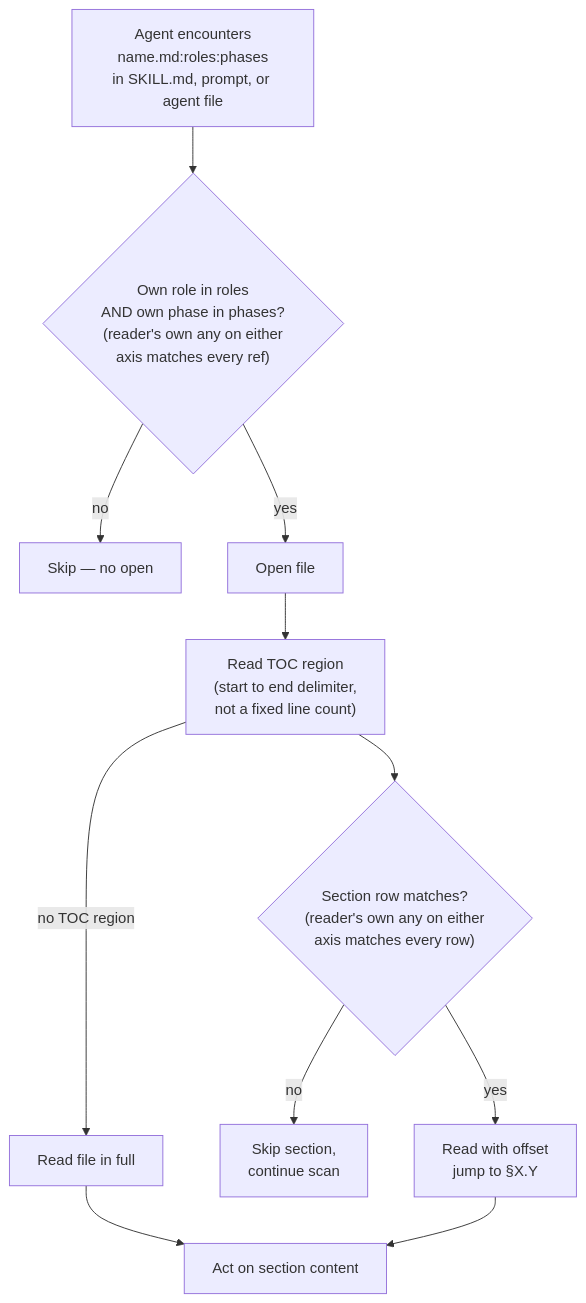
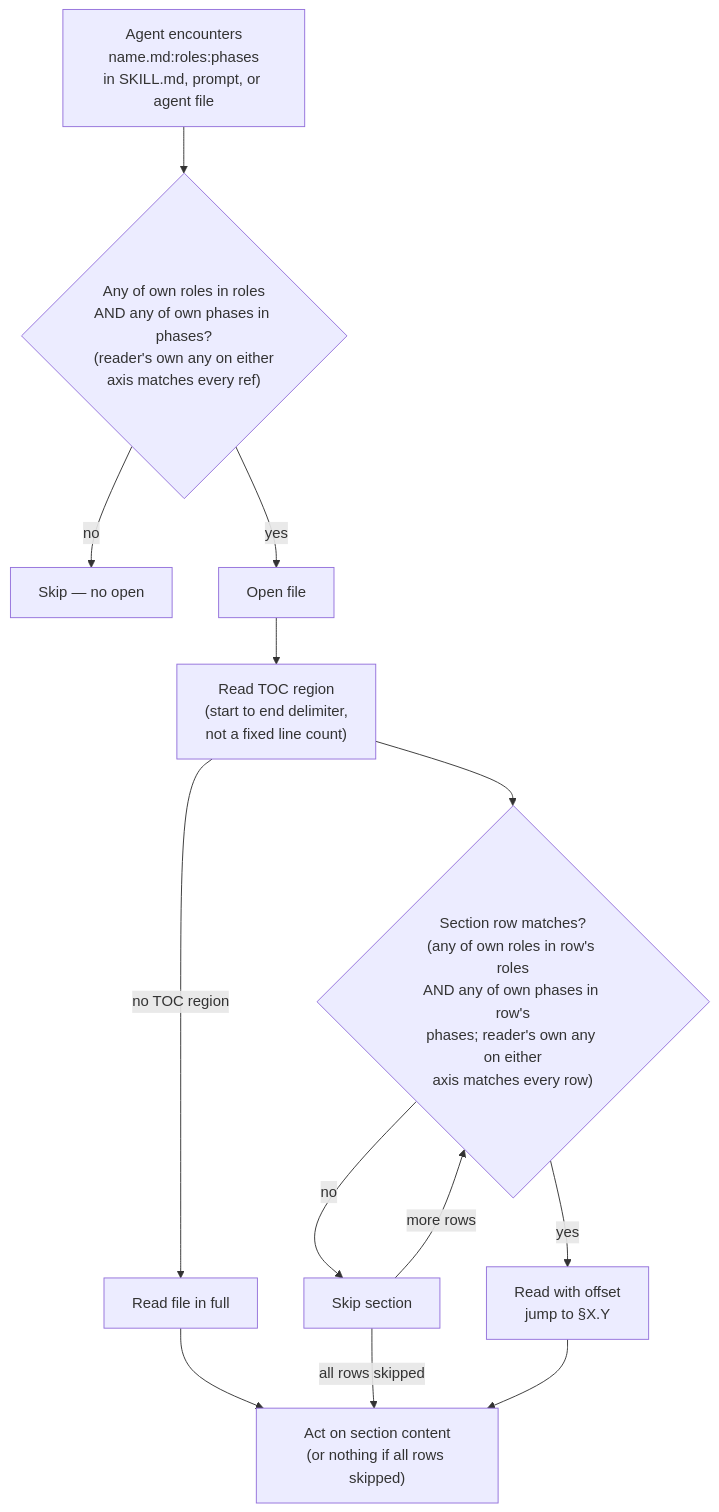
One commit to JetBrains/youtrackdb changed the diagram in docs/adr/ytdb-1023-workflow-toc/_workflow/staged-workflow/.claude/workflow/conventions.md. Above: the diagram before and after it, drawn with Mermaid. The commit also changed other lines of this file and 38 other files, not shown here.

````diff
--- a/docs/adr/ytdb-1023-workflow-toc/_workflow/staged-workflow/.claude/workflow/conventions.md
+++ b/docs/adr/ytdb-1023-workflow-toc/_workflow/staged-workflow/.claude/workflow/conventions.md
@@ -1441,24 +1441,26 @@
 ```mermaid
 flowchart TD
     READ_REF["Agent encounters<br/>name.md:roles:phases<br/>in SKILL.md, prompt, or agent file"]
-    MATCH{"Own role in roles<br/>AND own phase in phases?<br/>(reader's own any on either<br/>axis matches every ref)"}
+    MATCH{"Any of own roles in roles<br/>AND any of own phases in phases?<br/>(reader's own any on either<br/>axis matches every ref)"}
     SKIP["Skip — no open"]
     OPEN["Open file"]
     READ_TOC["Read TOC region<br/>(start to end delimiter,<br/>not a fixed line count)"]
     READ_FULL["Read file in full"]
-    SECTION_MATCH{"Section row matches?<br/>(reader's own any on either<br/>axis matches every row)"}
-    SKIP_SECTION["Skip section,<br/>continue scan"]
+    SECTION_MATCH{"Section row matches?<br/>(any of own roles in row's roles<br/>AND any of own phases in row's<br/>phases; reader's own any on either<br/>axis matches every row)"}
+    SKIP_SECTION["Skip section"]
     JUMP["Read with offset<br/>jump to §X.Y"]
-    DONE["Act on section content"]
+    DONE["Act on section content<br/>(or nothing if all rows skipped)"]
 
     READ_REF --> MATCH
     MATCH -->|no| SKIP
     MATCH -->|yes| OPEN
     OPEN --> READ_TOC
     READ_TOC -->|no TOC region| READ_FULL
     READ_TOC --> SECTION_MATCH
     READ_FULL --> DONE
     SECTION_MATCH -->|no| SKIP_SECTION
     SECTION_MATCH -->|yes| JUMP
+    SKIP_SECTION -->|more rows| SECTION_MATCH
+    SKIP_SECTION -->|all rows skipped| DONE
     JUMP --> DONE
 ```
````
